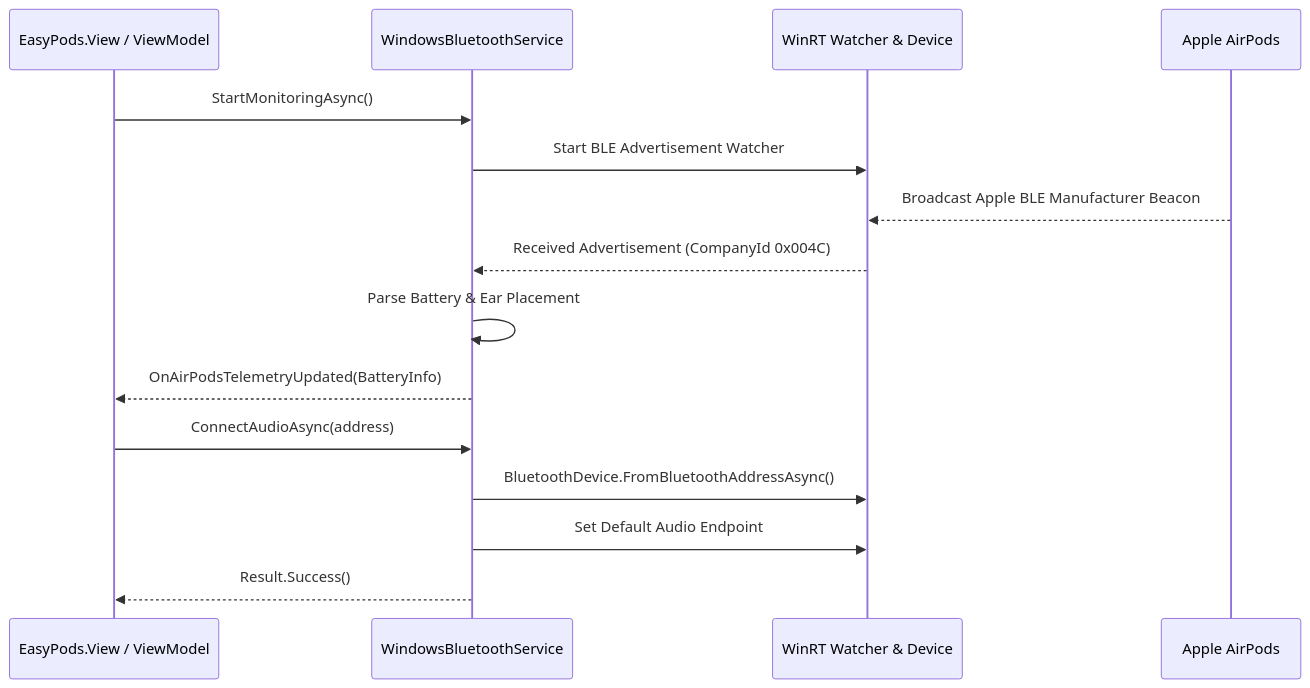
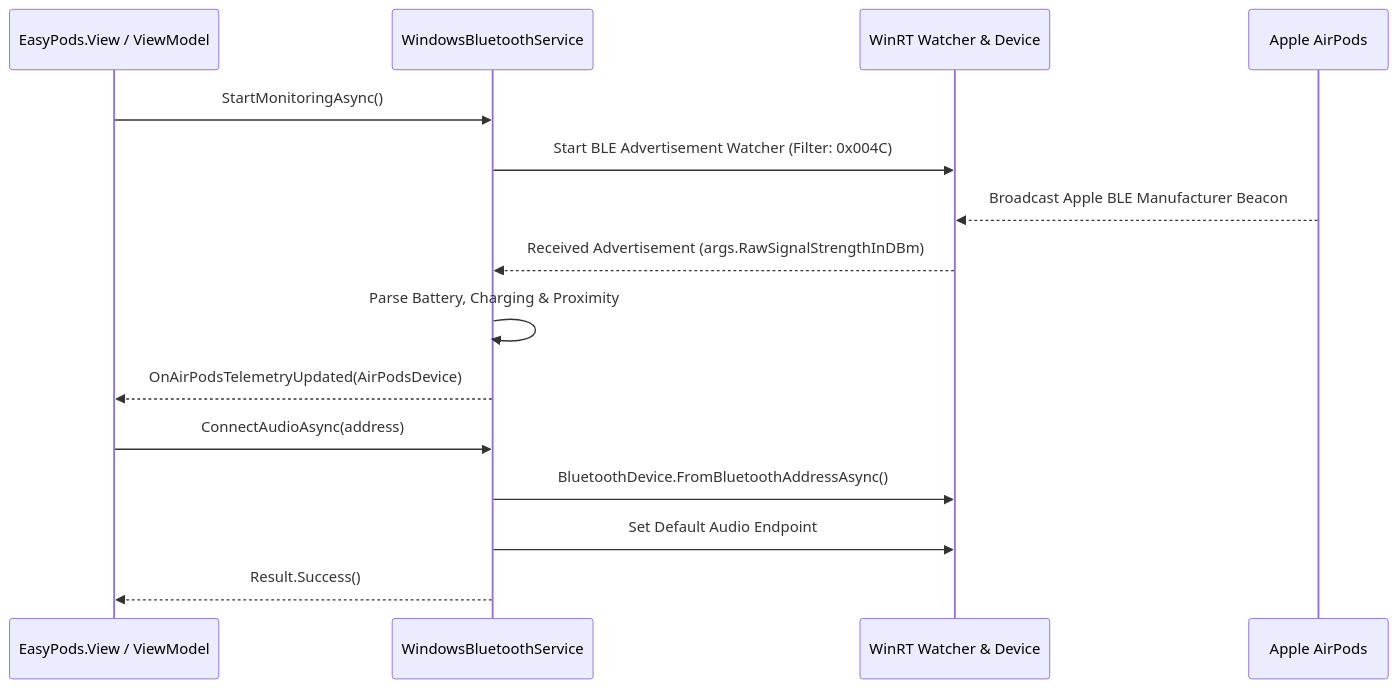
Before and after one commit to guyc2/EasyPods: the diagram in docs/bluetooth.md, drawn with Mermaid. The commit also changed other lines of this file and 9 other files, not shown here.

Commit message:
feat: implement WinRT Bluetooth LE Advertisement Watcher and live AirPods telemetry engine

````diff
--- a/docs/bluetooth.md
+++ b/docs/bluetooth.md
@@ -28,18 +28,18 @@
 ```mermaid
 sequenceDiagram
     participant UI as EasyPods.View / ViewModel
     participant BT as WindowsBluetoothService
     participant WinRT as WinRT Watcher & Device
     participant Pods as Apple AirPods
 
     UI->>BT: StartMonitoringAsync()
-    BT->>WinRT: Start BLE Advertisement Watcher
+    BT->>WinRT: Start BLE Advertisement Watcher (Filter: 0x004C)
     Pods-->>WinRT: Broadcast Apple BLE Manufacturer Beacon
-    WinRT-->>BT: Received Advertisement (CompanyId 0x004C)
-    BT->>BT: Parse Battery & Ear Placement
-    BT-->>UI: OnAirPodsTelemetryUpdated(BatteryInfo)
+    WinRT-->>BT: Received Advertisement (args.RawSignalStrengthInDBm)
+    BT->>BT: Parse Battery, Charging & Proximity
+    BT-->>UI: OnAirPodsTelemetryUpdated(AirPodsDevice)
     UI->>BT: ConnectAudioAsync(address)
     BT->>WinRT: BluetoothDevice.FromBluetoothAddressAsync()
     BT->>WinRT: Set Default Audio Endpoint
     BT-->>UI: Result.Success()
 ```
````
